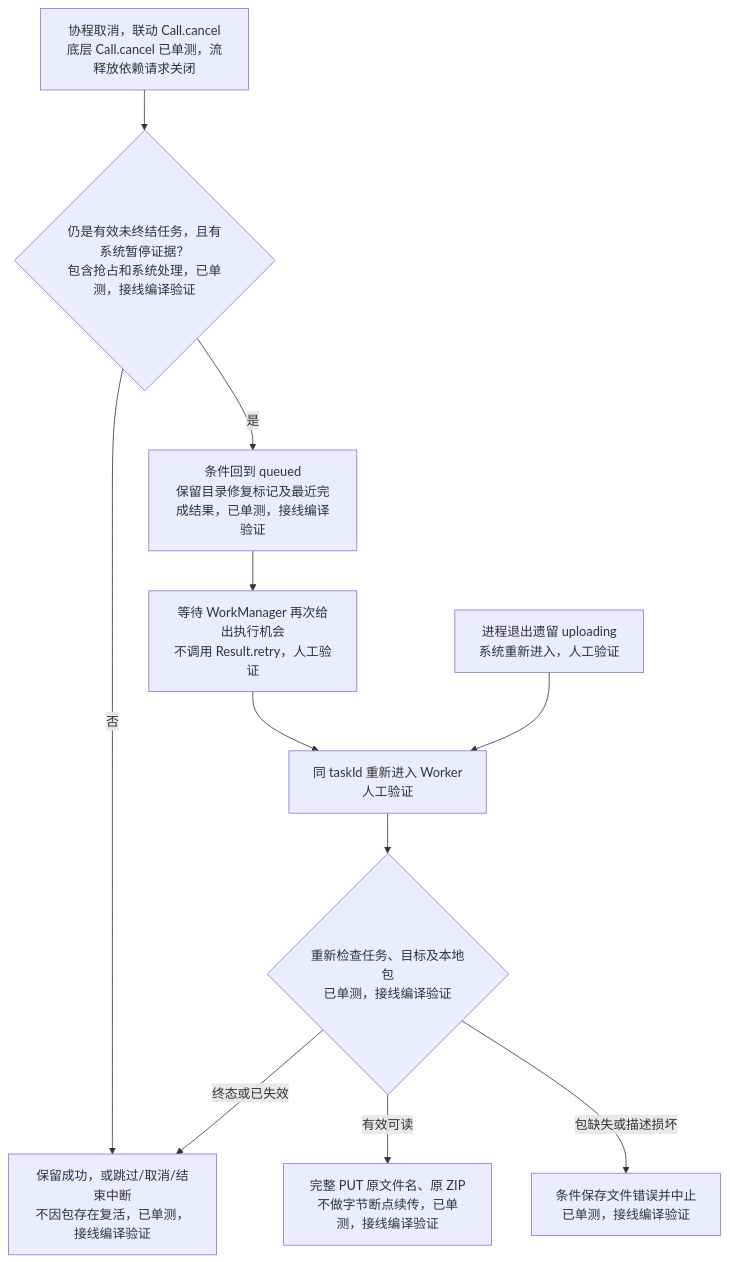
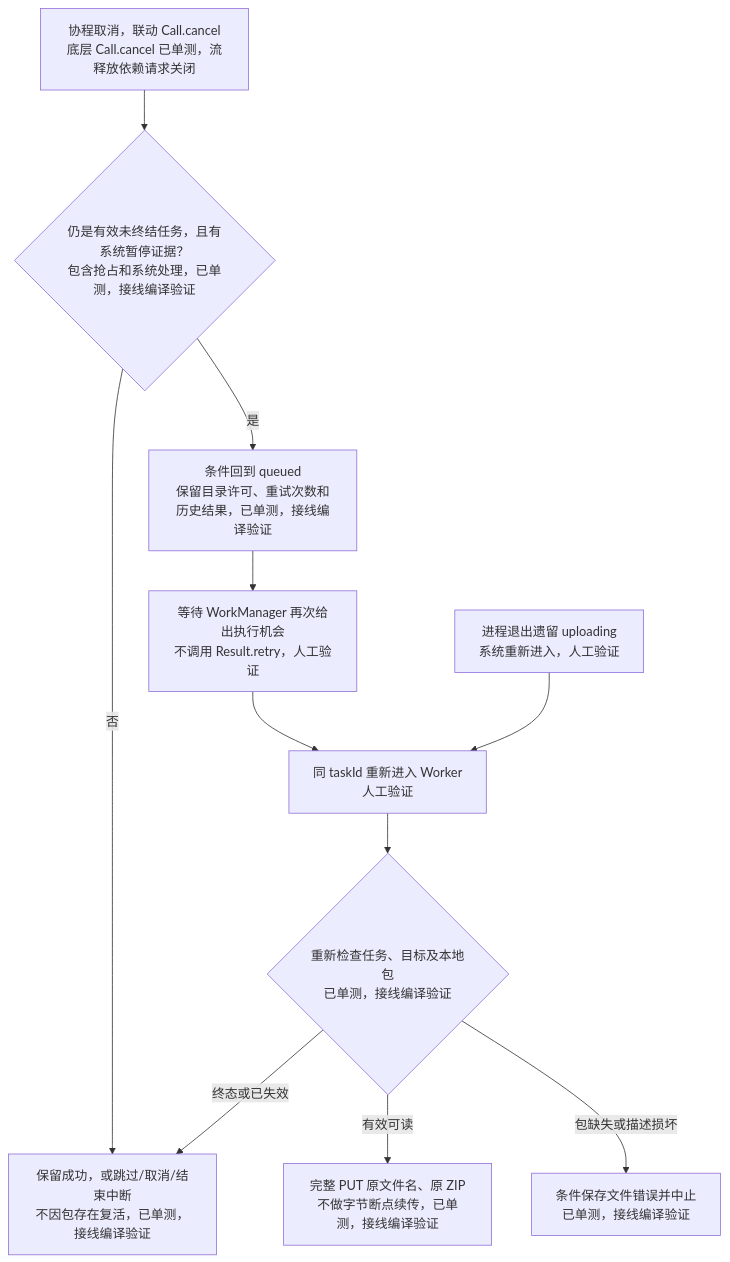
The sixth of 15 diagrams in docs/webdav_backup_plan.md (lwcla/ClipMaster), drawn with Mermaid before and after one commit. The commit also changed other lines of this file and 25 other files, not shown here.

````diff
--- a/docs/webdav_backup_plan.md
+++ b/docs/webdav_backup_plan.md
@@ -1174,14 +1339,14 @@
 ```mermaid
 %% title: 当前实现：系统停止与重新执行
 flowchart TD
     Stop["协程取消，联动 Call.cancel<br/>底层 Call.cancel 已单测，流释放依赖请求关闭"] --> Check{"仍是有效未终结任务，且有系统暂停证据？<br/>包含抢占和系统处理，已单测，接线编译验证"}
     Check -->|否| End["保留成功，或跳过/取消/结束中断<br/>不因包存在复活，已单测，接线编译验证"]
-    Check -->|是| Queue["条件回到 queued<br/>保留目录修复标记及最近完成结果，已单测，接线编译验证"]
+    Check -->|是| Queue["条件回到 queued<br/>保留目录许可、重试次数和历史结果，已单测，接线编译验证"]
     Queue --> Schedule["等待 WorkManager 再次给出执行机会<br/>不调用 Result.retry，人工验证"]
     Schedule --> Enter["同 taskId 重新进入 Worker<br/>人工验证"]
     Leftover["进程退出遗留 uploading<br/>系统重新进入，人工验证"] --> Enter
     Enter --> Validate{"重新检查任务、目标及本地包<br/>已单测，接线编译验证"}
     Validate -->|有效可读| Put["完整 PUT 原文件名、原 ZIP<br/>不做字节断点续传，已单测，接线编译验证"]
     Validate -->|终态或已失效| End
     Validate -->|包缺失或描述损坏| Failed["条件保存文件错误并中止<br/>已单测，接线编译验证"]
 ```
````
